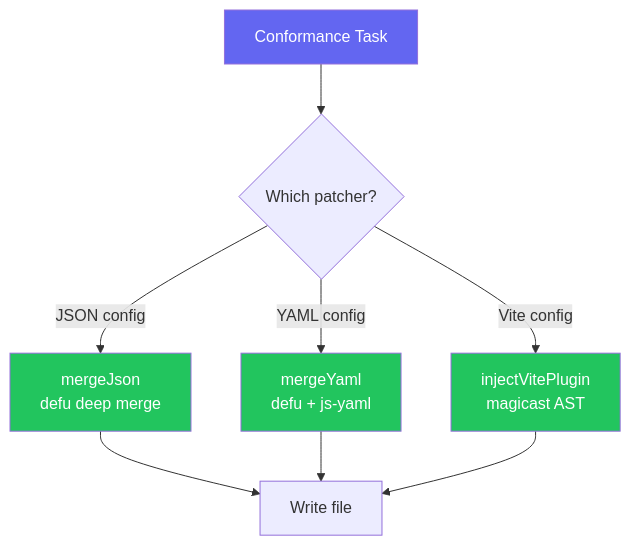
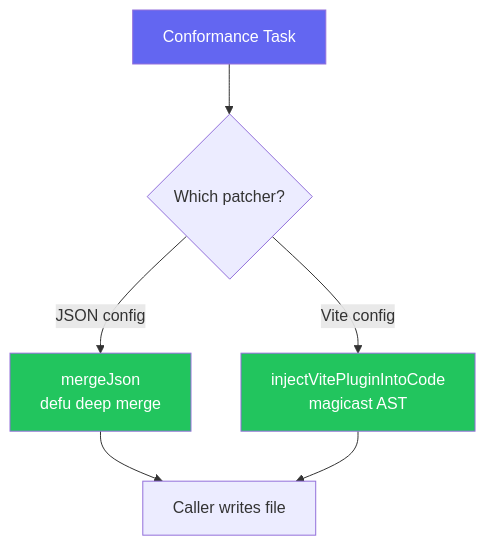
Before and after one commit to agustinusnathaniel/xtarter: the diagram in apps/docs/src/content/docs/xtarterize/contributing/patchers/overview.mdx, drawn with Mermaid. The commit also changed other lines of this file and 7 other files, not shown here.

````diff
--- a/apps/docs/src/content/docs/xtarterize/contributing/patchers/overview.mdx
+++ b/apps/docs/src/content/docs/xtarterize/contributing/patchers/overview.mdx
@@ -20,16 +19,13 @@
 ```mermaid
 flowchart TD
     Task["Conformance Task"] --> P{"Which patcher?"}
     P -->|"JSON config"| MJ["mergeJson<br/>defu deep merge"]
-    P -->|"YAML config"| MY["mergeYaml<br/>defu + js-yaml"]
-    P -->|"Vite config"| AP["injectVitePlugin<br/>magicast AST"]
+    P -->|"Vite config"| AP["injectVitePluginIntoCode<br/>magicast AST"]
     
-    MJ --> W["Write file"]
-    MY --> W
+    MJ --> W["Caller writes file"]
     AP --> W
     
     style Task fill:#6366f1,color:#fff
     style MJ fill:#22c55e,color:#fff
-    style MY fill:#22c55e,color:#fff
     style AP fill:#22c55e,color:#fff
 ```
````
